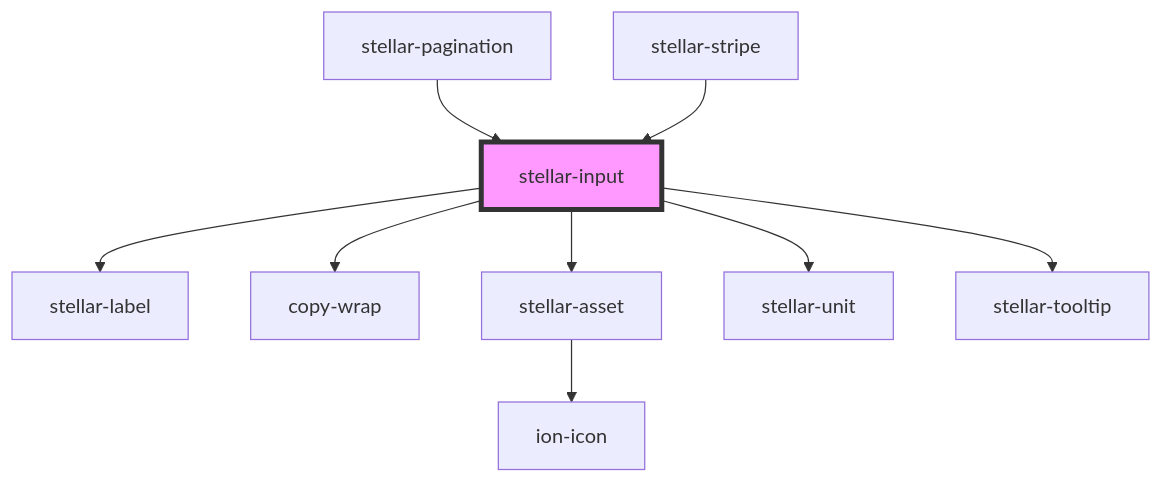
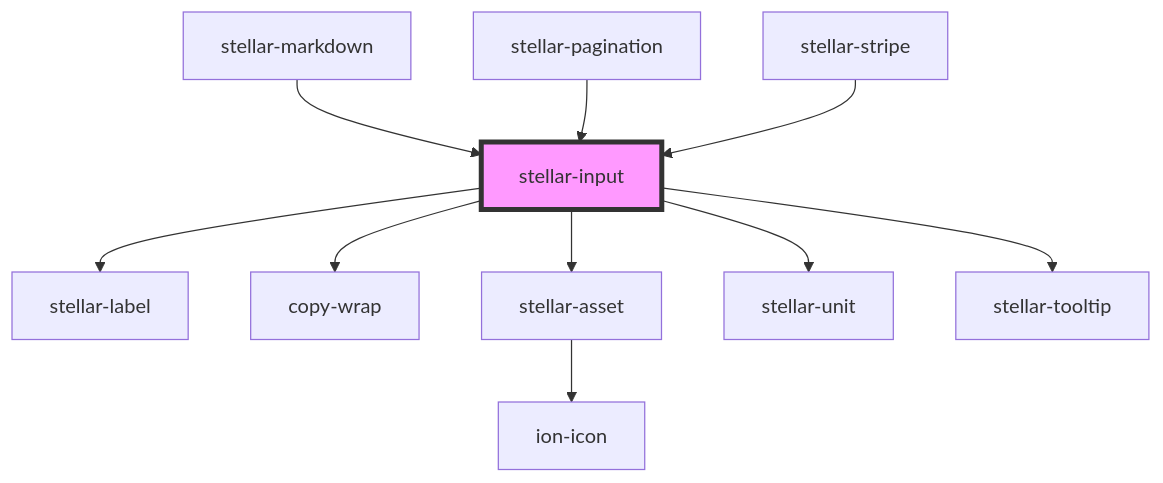
Before and after one commit to splitinfinities/Stellar: the diagram in src/components/forms/input/readme.md, drawn with Mermaid. The commit also changed other lines of this file and 7 other files, not shown here.

````diff
--- a/src/components/forms/input/readme.md
+++ b/src/components/forms/input/readme.md
@@ -186,12 +187,13 @@
 ```mermaid
 graph TD;
   stellar-input --> stellar-label
   stellar-input --> copy-wrap
   stellar-input --> stellar-asset
   stellar-input --> stellar-unit
   stellar-input --> stellar-tooltip
   stellar-asset --> ion-icon
+  stellar-markdown --> stellar-input
   stellar-pagination --> stellar-input
   stellar-stripe --> stellar-input
   style stellar-input fill:#f9f,stroke:#333,stroke-width:4px
 ```
````
